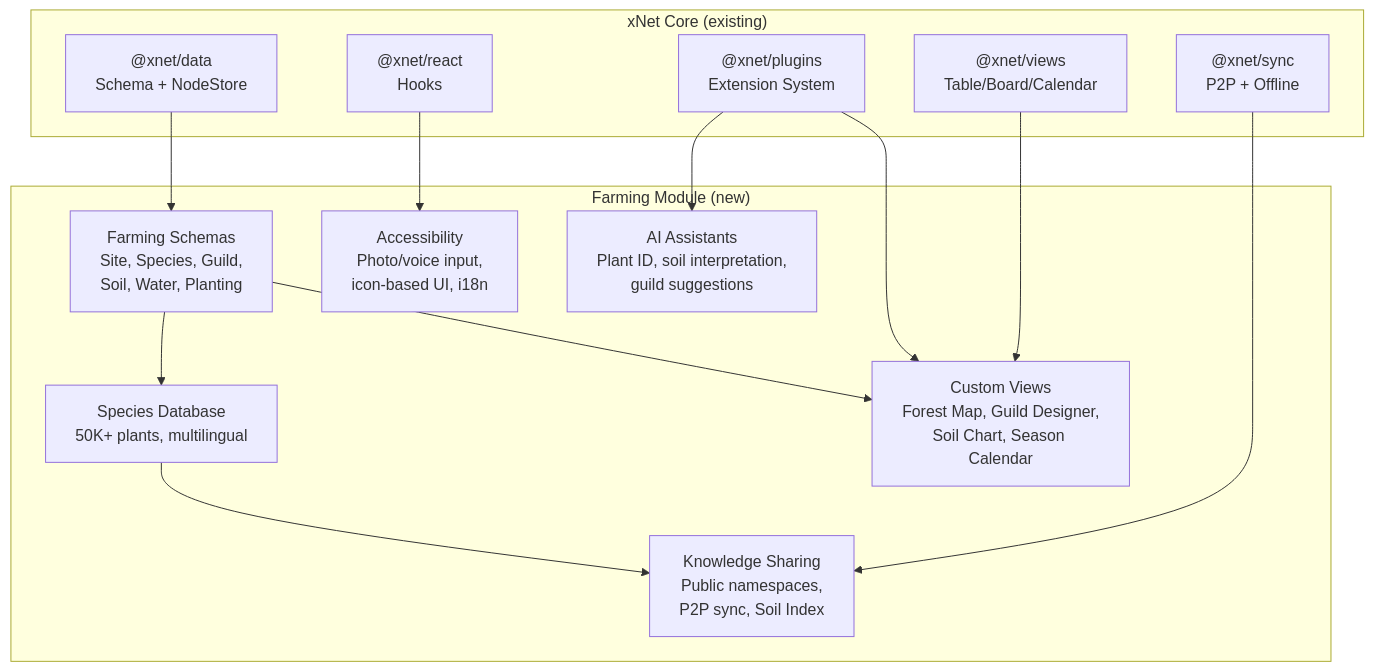
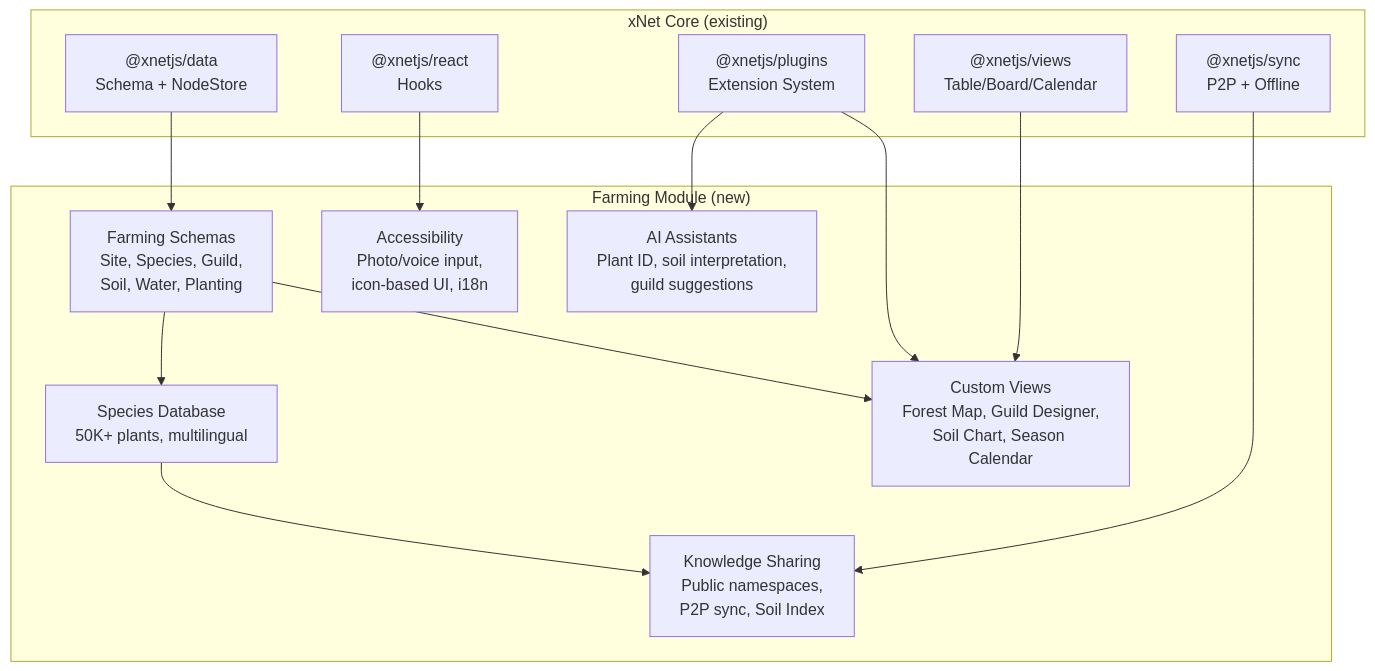
One commit to crs48/xNet changed the first of 2 diagrams in docs/plans/plan04GlobalFarmingERP/README.md. Above: the diagram before and after it, drawn with Mermaid. The commit also changed other lines of this file and 980 other files, not shown here.

````diff
--- a/docs/plans/plan04GlobalFarmingERP/README.md
+++ b/docs/plans/plan04GlobalFarmingERP/README.md
@@ -31,29 +31,29 @@
 ```mermaid
 flowchart TD
     subgraph "xNet Core (existing)"
-        DATA["@xnet/data<br/>Schema + NodeStore"]
-        SYNC["@xnet/sync<br/>P2P + Offline"]
-        VIEWS["@xnet/views<br/>Table/Board/Calendar"]
-        PLUGINS["@xnet/plugins<br/>Extension System"]
-        REACT["@xnet/react<br/>Hooks"]
+        DATA["@xnetjs/data<br/>Schema + NodeStore"]
+        SYNC["@xnetjs/sync<br/>P2P + Offline"]
+        VIEWS["@xnetjs/views<br/>Table/Board/Calendar"]
+        PLUGINS["@xnetjs/plugins<br/>Extension System"]
+        REACT["@xnetjs/react<br/>Hooks"]
     end
 
     subgraph "Farming Module (new)"
         SCHEMAS["Farming Schemas<br/>Site, Species, Guild,<br/>Soil, Water, Planting"]
         SPECIES_DB["Species Database<br/>50K+ plants, multilingual"]
         CUSTOM_VIEWS["Custom Views<br/>Forest Map, Guild Designer,<br/>Soil Chart, Season Calendar"]
         KNOWLEDGE["Knowledge Sharing<br/>Public namespaces,<br/>P2P sync, Soil Index"]
         ACCESS["Accessibility<br/>Photo/voice input,<br/>icon-based UI, i18n"]
         AI["AI Assistants<br/>Plant ID, soil interpretation,<br/>guild suggestions"]
     end
 
     DATA --> SCHEMAS
     SYNC --> KNOWLEDGE
     VIEWS --> CUSTOM_VIEWS
     PLUGINS --> CUSTOM_VIEWS
     PLUGINS --> AI
     REACT --> ACCESS
     SCHEMAS --> SPECIES_DB
     SCHEMAS --> CUSTOM_VIEWS
     SPECIES_DB --> KNOWLEDGE
 ```
````
